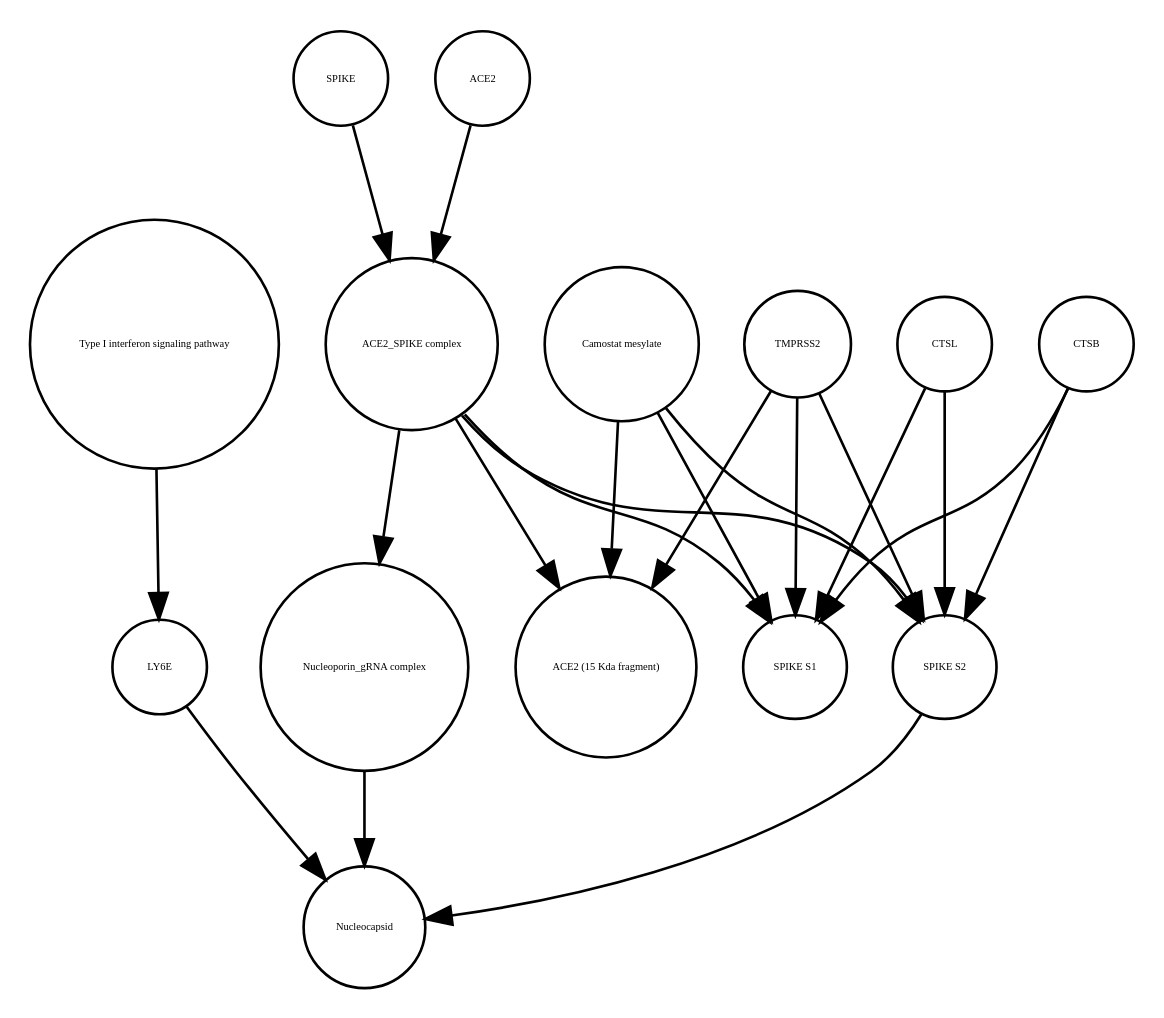
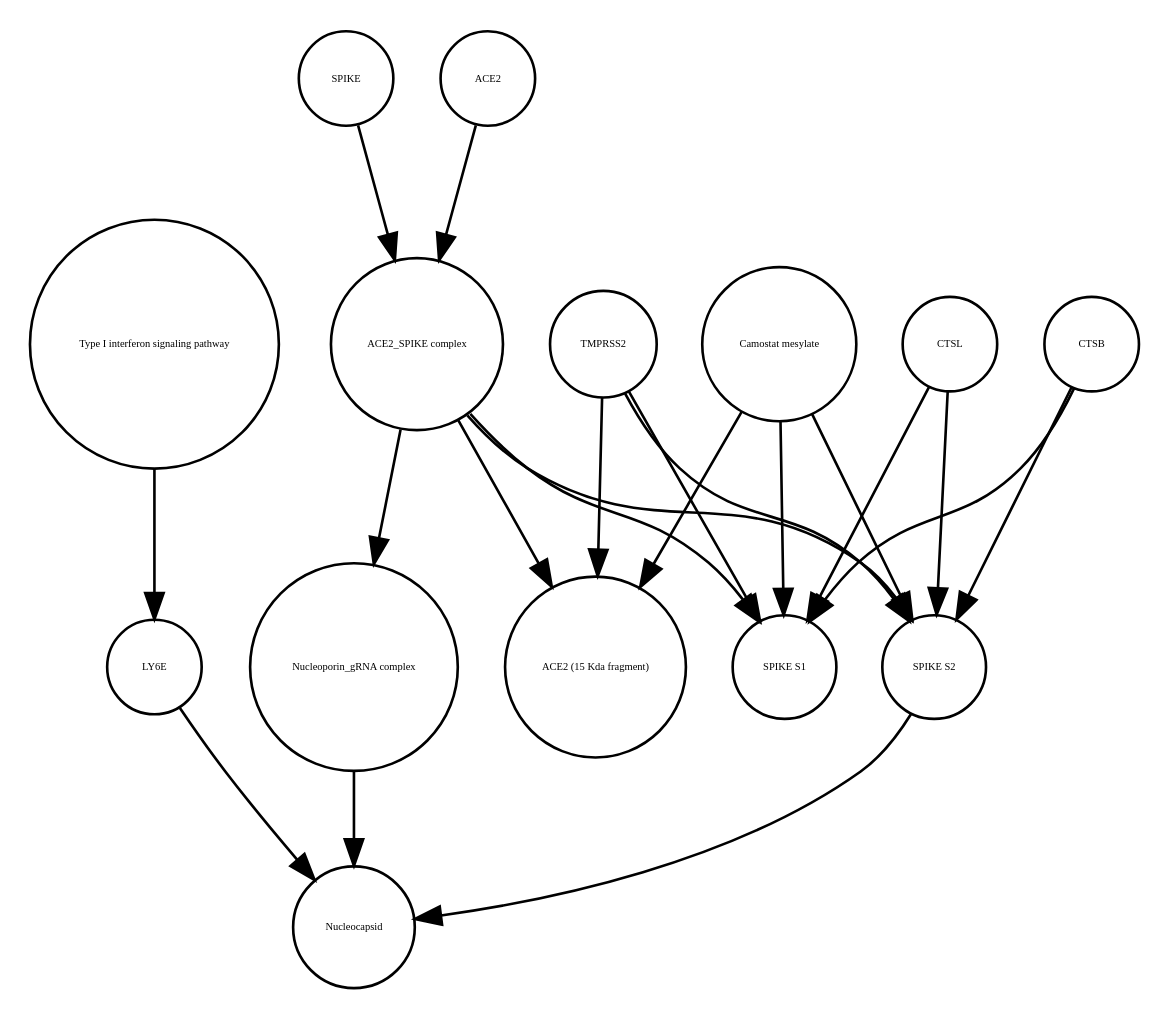
Before and after one commit to cannin/covid19-sbgn: the diagram in Virus_replication_cycle_V01.xml_projected.dot, drawn with Graphviz. The commit also changed 564 other files, not shown here.

```diff
--- a/Virus_replication_cycle_V01.xml_projected.dot
+++ b/Virus_replication_cycle_V01.xml_projected.dot
@@ -1,36 +1,36 @@
 strict digraph  {
 "Type I interferon signaling pathway" [annotation="", bipartite=0, cls=phenotype, fontsize=4, label="Type I interferon signaling pathway", shape=circle];
 LY6E [annotation="", bipartite=0, cls=macromolecule, fontsize=4, label=LY6E, shape=circle];
 CTSB [annotation="", bipartite=0, cls=macromolecule, fontsize=4, label=CTSB, shape=circle];
 "SPIKE S1" [annotation="", bipartite=0, cls=macromolecule, fontsize=4, label="SPIKE S1", shape=circle];
-"Camostat mesylate" [annotation="urn_miriam_pubchem.compound_2536", bipartite=0, cls="simple chemical", fontsize=4, label="Camostat mesylate", shape=circle];
-SPIKE [annotation="", bipartite=0, cls="macromolecule multimer", fontsize=4, label=SPIKE, shape=circle];
-ACE2 [annotation="", bipartite=0, cls=macromolecule, fontsize=4, label=ACE2, shape=circle];
-Nucleocapsid [annotation="", bipartite=0, cls=complex, fontsize=4, label=Nucleocapsid, shape=circle];
 "ACE2_SPIKE complex" [annotation="", bipartite=0, cls=complex, fontsize=4, label="ACE2_SPIKE complex", shape=circle];
 "Nucleoporin_gRNA complex " [annotation="", bipartite=0, cls=complex, fontsize=4, label="Nucleoporin_gRNA complex ", shape=circle];
+Nucleocapsid [annotation="", bipartite=0, cls=complex, fontsize=4, label=Nucleocapsid, shape=circle];
+TMPRSS2 [annotation="", bipartite=0, cls=macromolecule, fontsize=4, label=TMPRSS2, shape=circle];
+"Camostat mesylate" [annotation="urn_miriam_pubchem.compound_2536", bipartite=0, cls="simple chemical", fontsize=4, label="Camostat mesylate", shape=circle];
+"ACE2 (15 Kda fragment)" [annotation="", bipartite=0, cls=macromolecule, fontsize=4, label="ACE2 (15 Kda fragment)", shape=circle];
 CTSL [annotation="", bipartite=0, cls=macromolecule, fontsize=4, label=CTSL, shape=circle];
+SPIKE [annotation="", bipartite=0, cls="macromolecule multimer", fontsize=4, label=SPIKE, shape=circle];
 "SPIKE S2" [annotation="", bipartite=0, cls=macromolecule, fontsize=4, label="SPIKE S2", shape=circle];
-"ACE2 (15 Kda fragment)" [annotation="", bipartite=0, cls=macromolecule, fontsize=4, label="ACE2 (15 Kda fragment)", shape=circle];
-TMPRSS2 [annotation="", bipartite=0, cls=macromolecule, fontsize=4, label=TMPRSS2, shape=circle];
+ACE2 [annotation="", bipartite=0, cls=macromolecule, fontsize=4, label=ACE2, shape=circle];
 "Type I interferon signaling pathway" -> LY6E  [annotation="", interaction_type=stimulation];
-LY6E -> Nucleocapsid  [annotation="urn_miriam_doi_10.1101%2F2020.03.05.979260|urn_miriam_pubmed_32142651|urn_miriam_pubmed_32094589", interaction_type=inhibition];
+LY6E -> Nucleocapsid  [annotation="urn_miriam_doi_10.1101%2F2020.03.05.979260", interaction_type=inhibition];
+CTSB -> "SPIKE S2"  [annotation=urn_miriam_pubmed_32142651, interaction_type=catalysis];
 CTSB -> "SPIKE S1"  [annotation=urn_miriam_pubmed_32142651, interaction_type=catalysis];
-CTSB -> "SPIKE S2"  [annotation=urn_miriam_pubmed_32142651, interaction_type=catalysis];
+"ACE2_SPIKE complex" -> "ACE2 (15 Kda fragment)"  [annotation="", interaction_type=production];
+"ACE2_SPIKE complex" -> "SPIKE S2"  [annotation="", interaction_type=production];
+"ACE2_SPIKE complex" -> "SPIKE S1"  [annotation="", interaction_type=production];
+"ACE2_SPIKE complex" -> "Nucleoporin_gRNA complex "  [annotation="urn_miriam_pubmed_32142651|urn_miriam_pubmed_32094589", interaction_type=stimulation];
+"Nucleoporin_gRNA complex " -> Nucleocapsid  [annotation="", interaction_type=production];
+TMPRSS2 -> "ACE2 (15 Kda fragment)"  [annotation="urn_miriam_pubmed_32142651|urn_miriam_pubmed_32094589|urn_miriam_pubmed_24227843", interaction_type=catalysis];
+TMPRSS2 -> "SPIKE S2"  [annotation="urn_miriam_pubmed_32142651|urn_miriam_pubmed_32094589|urn_miriam_pubmed_24227843", interaction_type=catalysis];
+TMPRSS2 -> "SPIKE S1"  [annotation="urn_miriam_pubmed_32142651|urn_miriam_pubmed_32094589|urn_miriam_pubmed_24227843", interaction_type=catalysis];
 "Camostat mesylate" -> "ACE2 (15 Kda fragment)"  [annotation="urn_miriam_pubmed_32142651|urn_miriam_pubmed_32094589|urn_miriam_pubmed_24227843", interaction_type=inhibition];
+"Camostat mesylate" -> "SPIKE S2"  [annotation="urn_miriam_pubmed_32142651|urn_miriam_pubmed_32094589|urn_miriam_pubmed_24227843", interaction_type=inhibition];
 "Camostat mesylate" -> "SPIKE S1"  [annotation="urn_miriam_pubmed_32142651|urn_miriam_pubmed_32094589|urn_miriam_pubmed_24227843", interaction_type=inhibition];
-"Camostat mesylate" -> "SPIKE S2"  [annotation="urn_miriam_pubmed_32142651|urn_miriam_pubmed_32094589|urn_miriam_pubmed_24227843", interaction_type=inhibition];
+CTSL -> "SPIKE S2"  [annotation=urn_miriam_pubmed_32142651, interaction_type=catalysis];
+CTSL -> "SPIKE S1"  [annotation=urn_miriam_pubmed_32142651, interaction_type=catalysis];
 SPIKE -> "ACE2_SPIKE complex"  [annotation="", interaction_type=production];
+"SPIKE S2" -> Nucleocapsid  [annotation="urn_miriam_doi_10.1101%2F2020.03.05.979260", interaction_type=stimulation];
 ACE2 -> "ACE2_SPIKE complex"  [annotation="", interaction_type=production];
-"ACE2_SPIKE complex" -> "Nucleoporin_gRNA complex "  [annotation="urn_miriam_pubmed_32142651|urn_miriam_pubmed_32094589", interaction_type=stimulation];
-"ACE2_SPIKE complex" -> "ACE2 (15 Kda fragment)"  [annotation="", interaction_type=production];
-"ACE2_SPIKE complex" -> "SPIKE S1"  [annotation="", interaction_type=production];
-"ACE2_SPIKE complex" -> "SPIKE S2"  [annotation="", interaction_type=production];
-"Nucleoporin_gRNA complex " -> Nucleocapsid  [annotation="", interaction_type=production];
-CTSL -> "SPIKE S1"  [annotation=urn_miriam_pubmed_32142651, interaction_type=catalysis];
-CTSL -> "SPIKE S2"  [annotation=urn_miriam_pubmed_32142651, interaction_type=catalysis];
-"SPIKE S2" -> Nucleocapsid  [annotation="urn_miriam_doi_10.1101%2F2020.03.05.979260|urn_miriam_pubmed_32142651|urn_miriam_pubmed_32094589", interaction_type=stimulation];
-TMPRSS2 -> "ACE2 (15 Kda fragment)"  [annotation="urn_miriam_pubmed_32142651|urn_miriam_pubmed_32094589|urn_miriam_pubmed_24227843", interaction_type=catalysis];
-TMPRSS2 -> "SPIKE S1"  [annotation="urn_miriam_pubmed_32142651|urn_miriam_pubmed_32094589|urn_miriam_pubmed_24227843", interaction_type=catalysis];
-TMPRSS2 -> "SPIKE S2"  [annotation="urn_miriam_pubmed_32142651|urn_miriam_pubmed_32094589|urn_miriam_pubmed_24227843", interaction_type=catalysis];
 }
```
